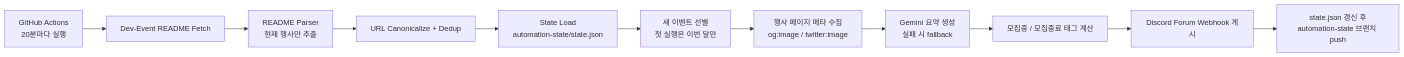
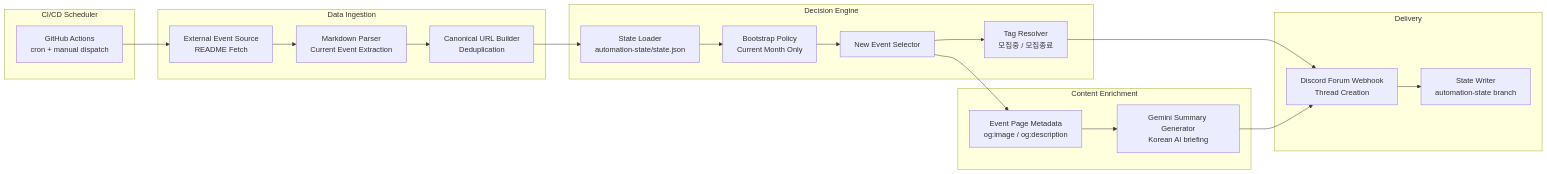
One commit to jhkim0602/Dev-Event-in-discord-webhook changed the diagram in README.md. Above: the diagram before and after it, drawn with Mermaid. The commit also changed other lines of this file, not shown here.

Commit message:
Refresh README with polished architecture docs

````diff
--- a/README.md
+++ b/README.md
@@ -7,13 +38,42 @@
 ```mermaid
 flowchart LR
-    A["GitHub Actions<br/>20분마다 실행"] --> B["Dev-Event README Fetch"]
-    B --> C["README Parser<br/>현재 행사만 추출"]
-    C --> D["URL Canonicalize + Dedup"]
-    D --> E["State Load<br/>automation-state/state.json"]
-    E --> F["새 이벤트 선별<br/>첫 실행은 이번 달만"]
-    F --> G["행사 페이지 메타 수집<br/>og:image / twitter:image"]
-    G --> H["Gemini 요약 생성<br/>실패 시 fallback"]
-    H --> I["모집중 / 모집종료 태그 계산"]
-    I --> J["Discord Forum Webhook 게시"]
-    J --> K["state.json 갱신 후<br/>automation-state 브랜치 push"]
+    subgraph Scheduler["CI/CD Scheduler"]
+        A["GitHub Actions<br/>cron + manual dispatch"]
+    end
+
+    subgraph Ingestion["Data Ingestion"]
+        B["External Event Source<br/>README Fetch"]
+        C["Markdown Parser<br/>Current Event Extraction"]
+        D["Canonical URL Builder<br/>Deduplication"]
+    end
+
+    subgraph Decision["Decision Engine"]
+        E["State Loader<br/>automation-state/state.json"]
+        F["Bootstrap Policy<br/>Current Month Only"]
+        G["New Event Selector"]
+        H["Tag Resolver<br/>모집중 / 모집종료"]
+    end
+
+    subgraph Enrichment["Content Enrichment"]
+        I["Event Page Metadata<br/>og:image / og:description"]
+        J["Gemini Summary Generator<br/>Korean AI briefing"]
+    end
+
+    subgraph Delivery["Delivery"]
+        K["Discord Forum Webhook<br/>Thread Creation"]
+        L["State Writer<br/>automation-state branch"]
+    end
+
+    A --> B
+    B --> C
+    C --> D
+    D --> E
+    E --> F
+    F --> G
+    G --> I
+    G --> H
+    I --> J
+    H --> K
+    J --> K
+    K --> L
 ```
````
